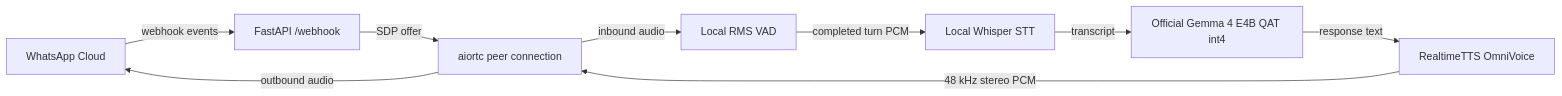
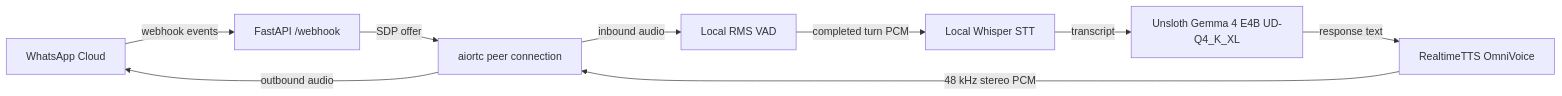
Before and after one commit to nizarhaider/sl-chatbot: the first of 2 diagrams in README.md, drawn with Mermaid. The commit also changed other lines of this file and 7 other files, not shown here.

Commit message:
deploy Unsloth Q4 Gemma with llama.cpp

````diff
--- a/README.md
+++ b/README.md
@@ -9,11 +9,11 @@
 ```mermaid
 flowchart LR
     WA[WhatsApp Cloud] -->|webhook events| API[FastAPI /webhook]
     API -->|SDP offer| RTC[aiortc peer connection]
     RTC -->|inbound audio| VAD[Local RMS VAD]
     VAD -->|completed turn PCM| ASR[Local Whisper STT]
-    ASR -->|transcript| LLM[Official Gemma 4 E4B QAT int4]
+    ASR -->|transcript| LLM[Unsloth Gemma 4 E4B UD-Q4_K_XL]
     LLM -->|response text| TTS[RealtimeTTS OmniVoice]
     TTS -->|48 kHz stereo PCM| RTC
     RTC -->|outbound audio| WA
 ```
````
